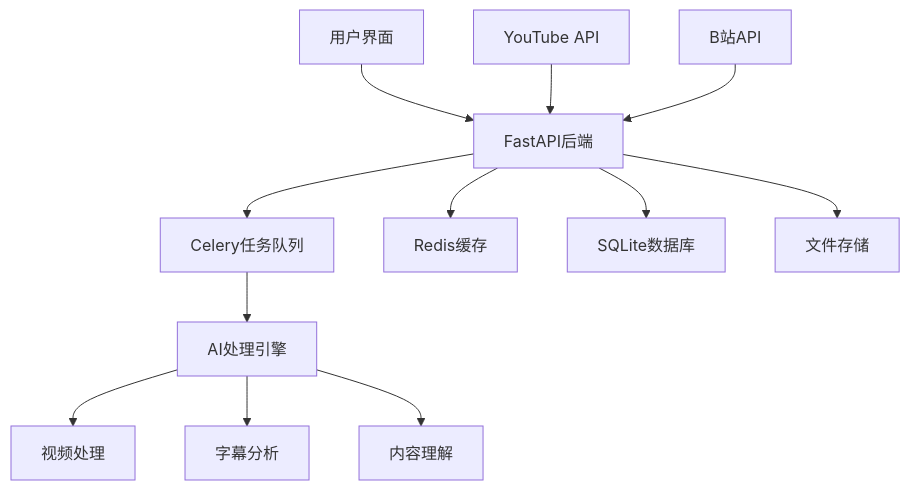
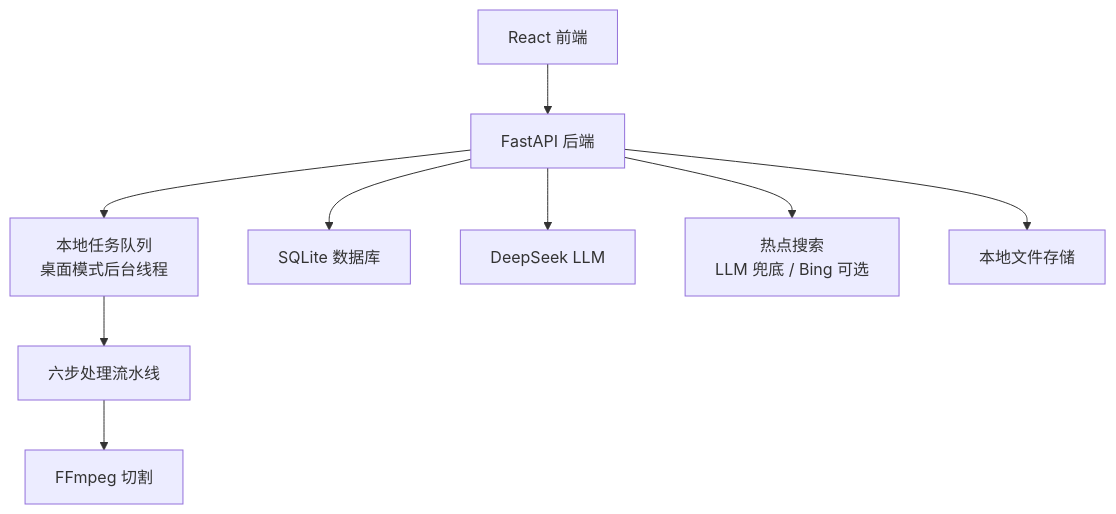
Before and after one commit to ashely-looki/MyCut: the diagram in README.md, drawn with Mermaid. The commit also changed other lines of this file and 2 other files, not shown here.

````diff
--- a/README.md
+++ b/README.md
@@ -48,14 +42,11 @@
 ```mermaid
 graph TB
-    A[用户界面] --> B[FastAPI后端]
-    B --> C[Celery任务队列]
-    B --> D[Redis缓存]
-    B --> E[SQLite数据库]
-    C --> F[AI处理引擎]
-    F --> G[视频处理]
-    F --> H[字幕分析]
-    F --> I[内容理解]
-    B --> J[文件存储]
-    K[YouTube API] --> B
-    L[B站API] --> B
+    A[React 前端] --> B[FastAPI 后端]
+    B --> C[本地任务队列<br/>桌面模式后台线程]
+    B --> E[SQLite 数据库]
+    C --> F[六步处理流水线]
+    F --> G[FFmpeg 切割]
+    B --> H[DeepSeek LLM]
+    B --> I[热点搜索<br/>LLM 兜底 / Bing 可选]
+    B --> J[本地文件存储]
 ```
````
